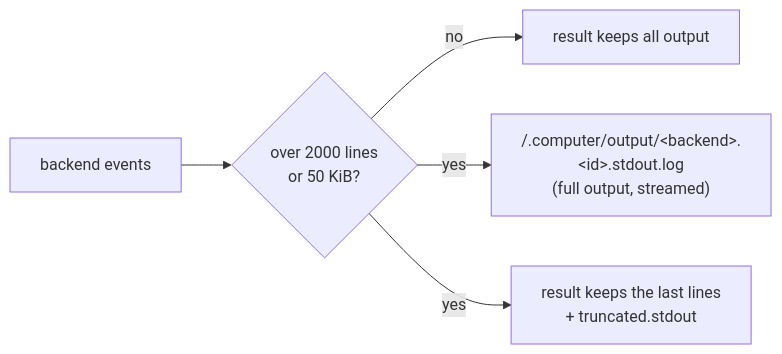
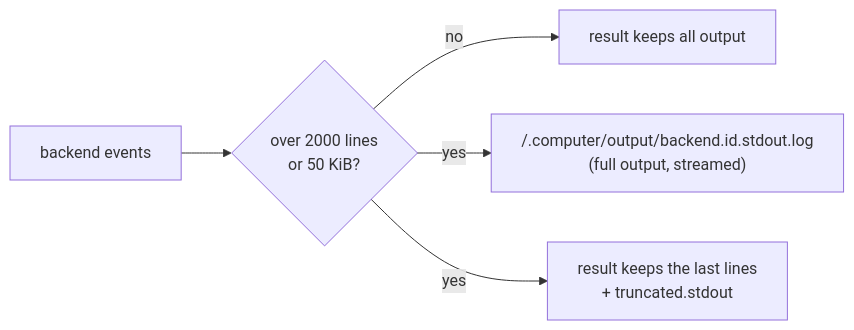
The diagram in docs/05_runtime_interface.md (cloudflare/computer), drawn with Mermaid before and after one commit. The commit also changed 3 other files, not shown here.

First line of the commit message:
computer: Count output newlines natively and mark the change a patch

````diff
--- a/docs/05_runtime_interface.md
+++ b/docs/05_runtime_interface.md
@@ -90,7 +90,7 @@
 ```mermaid
 flowchart LR
   B[backend events] --> S{over 2000 lines<br/>or 50 KiB?}
   S -- no --> R[result keeps all output]
-  S -- yes --> F["/.computer/output/&lt;backend&gt;.&lt;id&gt;.stdout.log<br/>(full output, streamed)"]
+  S -- yes --> F["/.computer/output/backend.id.stdout.log<br/>(full output, streamed)"]
   S -- yes --> T[result keeps the last lines<br/>+ truncated.stdout]
 ```
````
